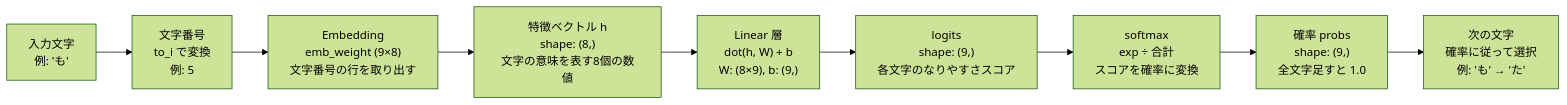
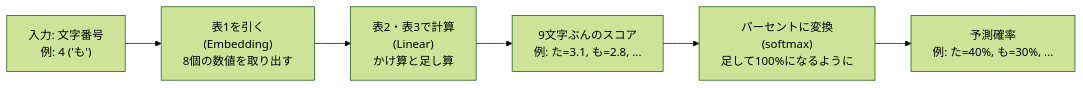
One commit to tommykey0925/rawminilm changed the second of 3 diagrams in architecture.md. Above: the diagram before and after it, drawn with Mermaid (forest theme). The commit also changed other lines of this file and 1 other file, not shown here.

````diff
--- a/architecture.md
+++ b/architecture.md
@@ -7,14 +45,11 @@
 ```mermaid
 flowchart LR
-    A["入力文字<br>例: 'も'"]
-    B["文字番号<br>to_i で変換<br>例: 5"]
-    C["Embedding<br>emb_weight (9×8)<br>文字番号の行を取り出す"]
-    D["特徴ベクトル h<br>shape: (8,)<br>文字の意味を表す8個の数値"]
-    E["Linear 層<br>dot(h, W) + b<br>W: (8×9), b: (9,)"]
-    F["logits<br>shape: (9,)<br>各文字のなりやすさスコア"]
-    G["softmax<br>exp ÷ 合計<br>スコアを確率に変換"]
-    H["確率 probs<br>shape: (9,)<br>全文字足すと 1.0"]
-    I["次の文字<br>確率に従って選択<br>例: 'も' → 'た'"]
+    A["入力: 文字番号<br>例: 4 ('も')"]
+    B["表1を引く<br>(Embedding)<br>8個の数値を取り出す"]
+    C["表2・表3で計算<br>(Linear)<br>かけ算と足し算"]
+    D["9文字ぶんのスコア<br>例: た=3.1, も=2.8, ..."]
+    E["パーセントに変換<br>(softmax)<br>足して100%になるように"]
+    F["予測確率<br>例: た=40%, も=30%, ..."]
 
-    A --> B --> C --> D --> E --> F --> G --> H --> I
+    A --> B --> C --> D --> E --> F
 ```
````
